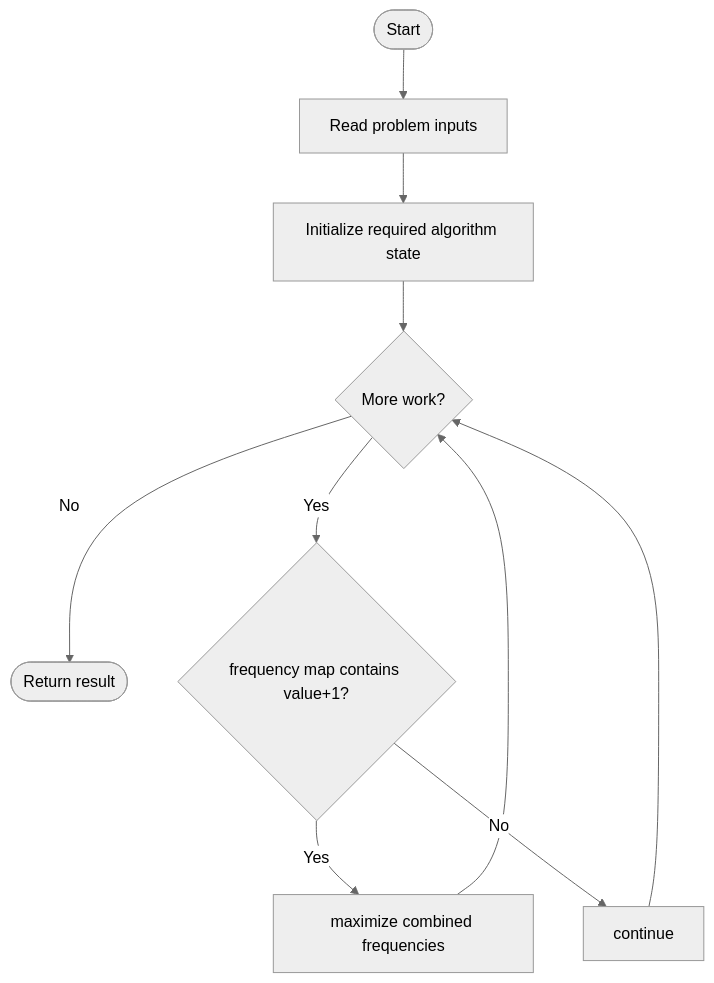
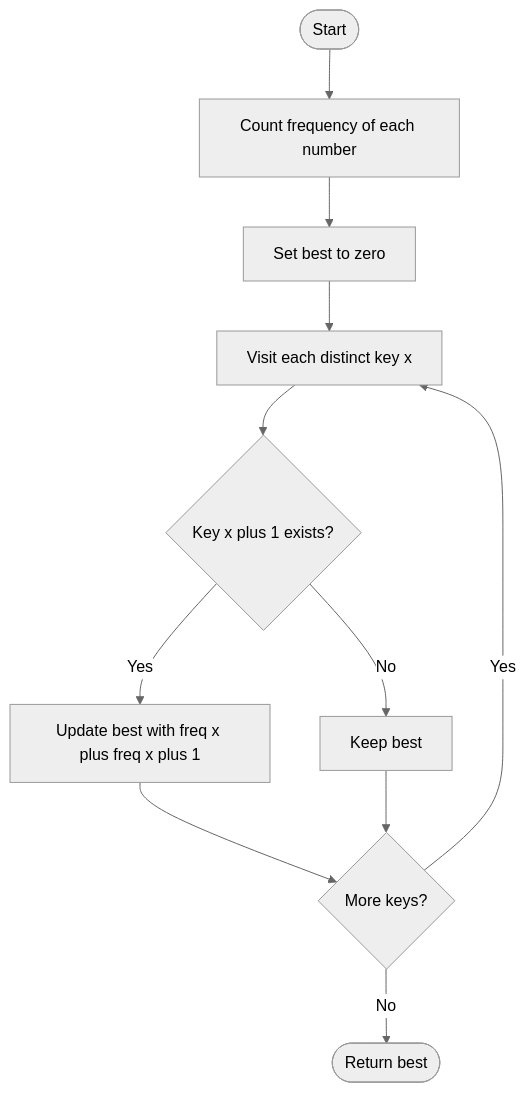
Before and after one commit to SAIDEEPBHANGE/C-CPP-Codes: the diagram in LeetCode/594/README.md, drawn with Mermaid (neutral theme). The commit also changed other lines of this file and 196 other files, not shown here.

````diff
--- a/LeetCode/594/README.md
+++ b/LeetCode/594/README.md
@@ -13,12 +37,13 @@
 ```mermaid
 flowchart TD
-    A([Start]) --> B[Read problem inputs]
-    B --> C[Initialize required algorithm state]
-    C --> D{More work?}
-    D -- No --> Z([Return result])
-    D -- Yes --> E{frequency map contains value+1?}
-    E -- Yes --> F[maximize combined frequencies]
-    E -- No --> G[continue]
-    F --> D
-    G --> D
+    A([Start]) --> B[Count frequency of each number]
+    B --> C[Set best to zero]
+    C --> D[Visit each distinct key x]
+    D --> E{Key x plus 1 exists?}
+    E -- Yes --> F[Update best with freq x plus freq x plus 1]
+    E -- No --> G[Keep best]
+    F --> H{More keys?}
+    G --> H
+    H -- Yes --> D
+    H -- No --> I([Return best])
 ```
````
